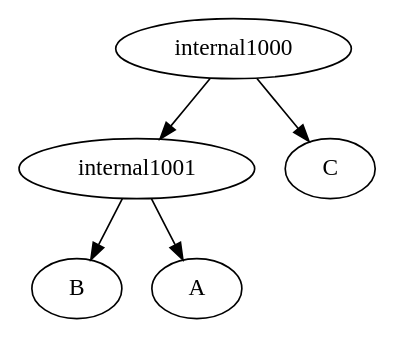
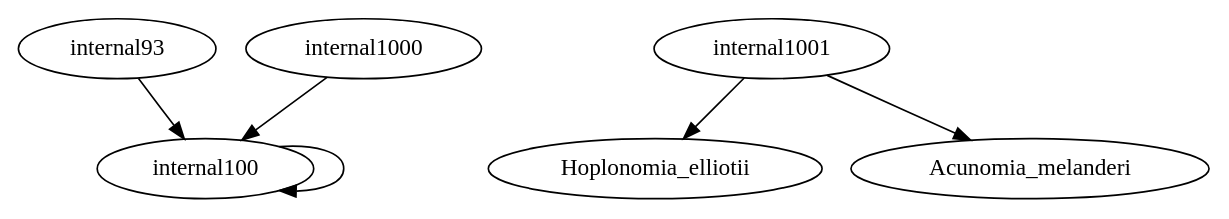
Before and after one commit to solislemuslab/phylo-knit: the diagram in src/Server/upload.dot, drawn with Graphviz. The commit also changed 6 other files, not shown here.

```diff
--- a/src/Server/upload.dot
+++ b/src/Server/upload.dot
@@ -1,6 +1,10 @@
 strict digraph G1 {
-internal1001 -> B
-internal1001 -> A
-internal1000 -> C
-internal1000 -> internal1001
+internal100 -> internal100
+internal100 -> internal100
+internal1001 -> Hoplonomia_elliotii
+internal1001 -> Acunomia_melanderi
+internal93 -> internal100
+internal93 -> internal100
+internal1000 -> internal100
+internal1000 -> internal100
 }
```
